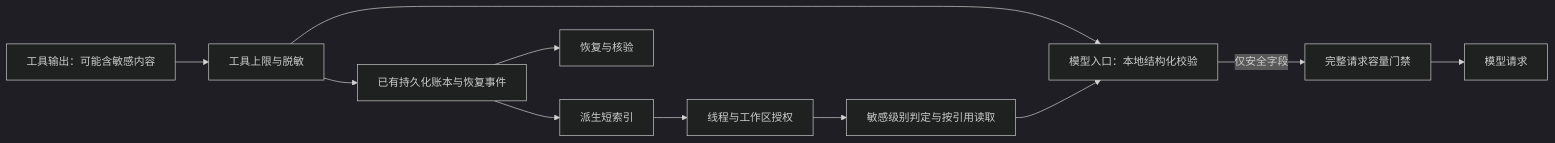
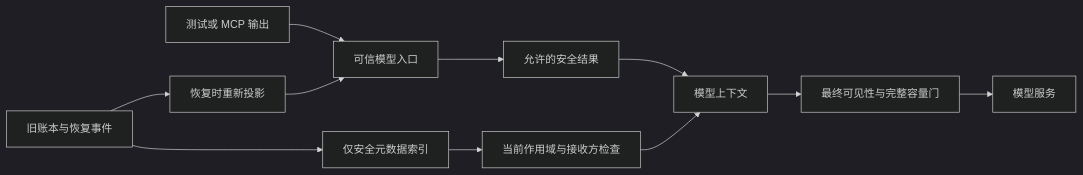
Before and after one commit to Koawa265Richard31/Koawa.codingAgentV2: the diagram in docs/open-active/hardening-memory-retrieval-2026-09-19/diagrams/bounded-result-retrieval-existing-events-after.mmd, drawn with Mermaid (dark theme). The commit also changed 11 other files, not shown here.

```diff
--- a/docs/open-active/hardening-memory-retrieval-2026-09-19/diagrams/bounded-result-retrieval-existing-events-after.mmd
+++ b/docs/open-active/hardening-memory-retrieval-2026-09-19/diagrams/bounded-result-retrieval-existing-events-after.mmd
@@ -1,12 +1,11 @@
 flowchart LR
-  U[工具输出：可能含敏感内容] --> T[工具上限与脱敏]
-  T --> L[已有持久化账本与恢复事件]
-  T --> G[模型入口：本地结构化校验]
-  G -->|仅安全字段| B
-  L --> I[派生短索引]
-  I --> A[线程与工作区授权]
-  A --> D[敏感级别判定与按引用读取]
-  D --> G
-  B[完整请求容量门禁]
-  B --> P[模型请求]
-  L --> R[恢复与核验]
+  U["测试或 MCP 输出"] --> G["可信模型入口"]
+  G --> S["允许的安全结果"]
+  S --> M["模型上下文"]
+  L["旧账本与恢复事件"] --> I["仅安全元数据索引"]
+  L --> R["恢复时重新投影"]
+  R --> G
+  I --> A["当前作用域与接收方检查"]
+  A --> M
+  M --> B["最终可见性与完整容量门"]
+  B --> P["模型服务"]
```
